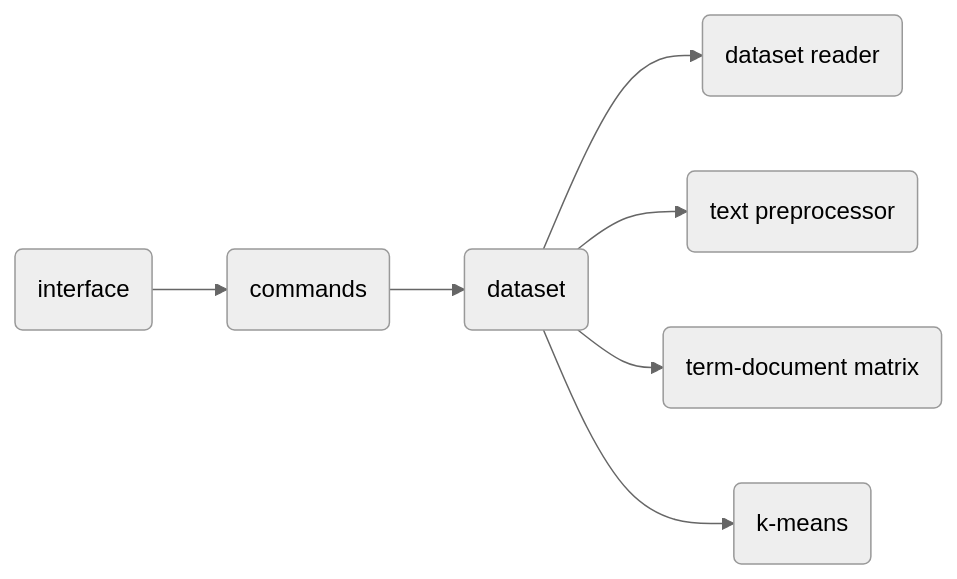
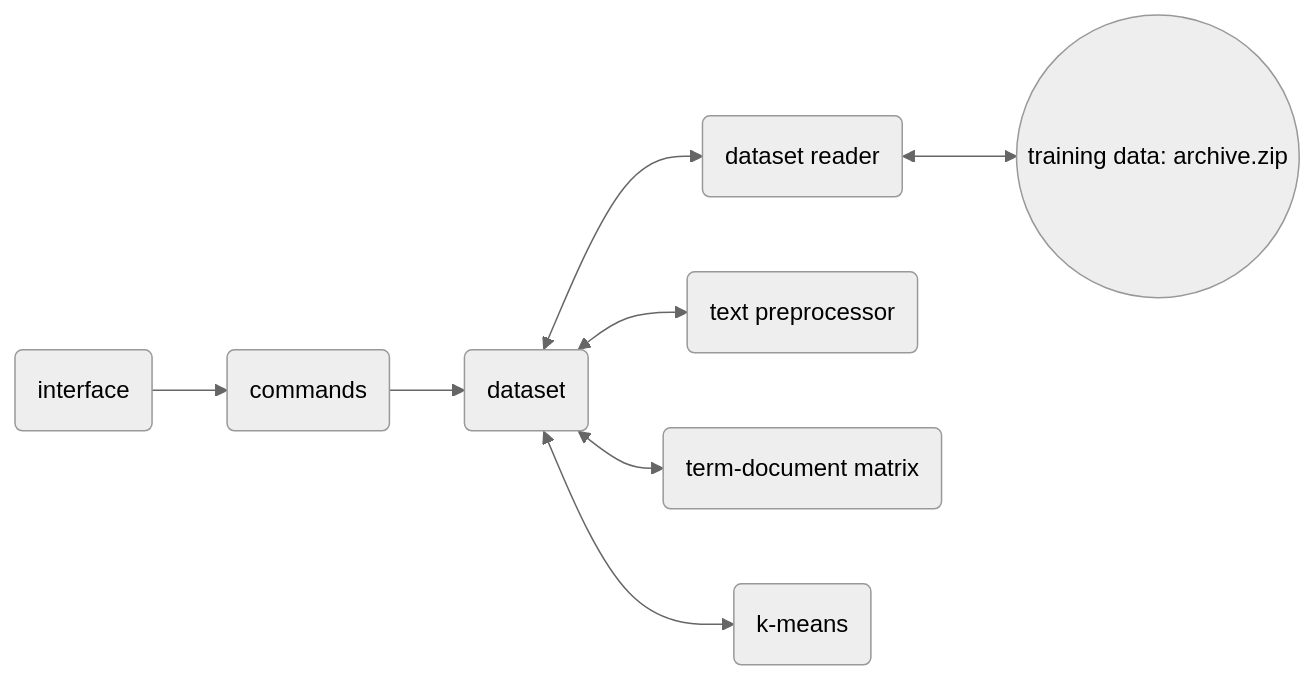
The diagram in docs/implementation_document.md (samusyrjanen/sortext), drawn with Mermaid (neutral theme) before and after one commit.

Commit message:
Edit implementation document

````diff
--- a/docs/implementation_document.md
+++ b/docs/implementation_document.md
@@ -5,9 +5,10 @@
 ```mermaid
 graph LR
     A(interface) --> B(commands)
     B --> C(dataset)
-    C --> D(dataset reader)
-    C --> E(text preprocessor)
-    C --> F(term-document matrix)
-    C --> G(k-means)
+    C <--> D(dataset reader)
+    D <--> H((training data: archive.zip))
+    C <--> E(text preprocessor)
+    C <--> F(term-document matrix)
+    C <--> G(k-means)
 ```
````
